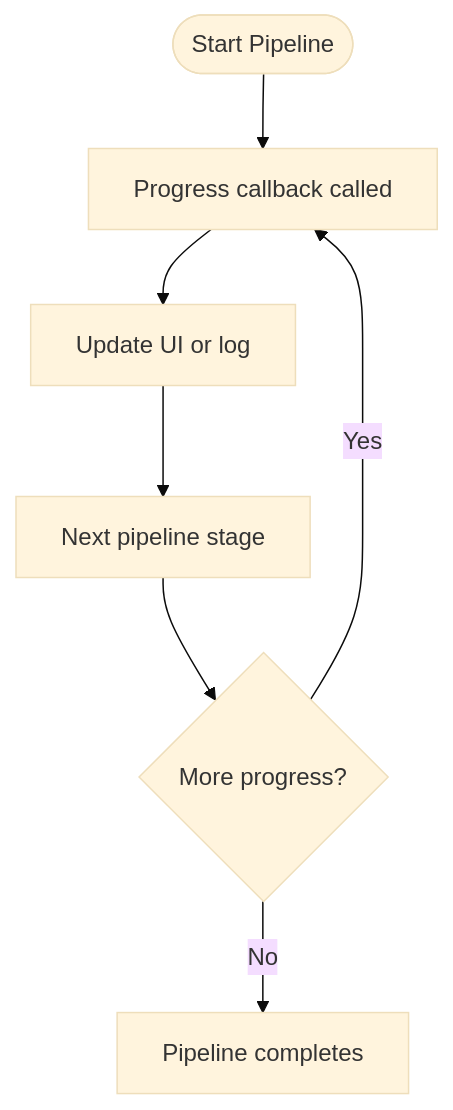
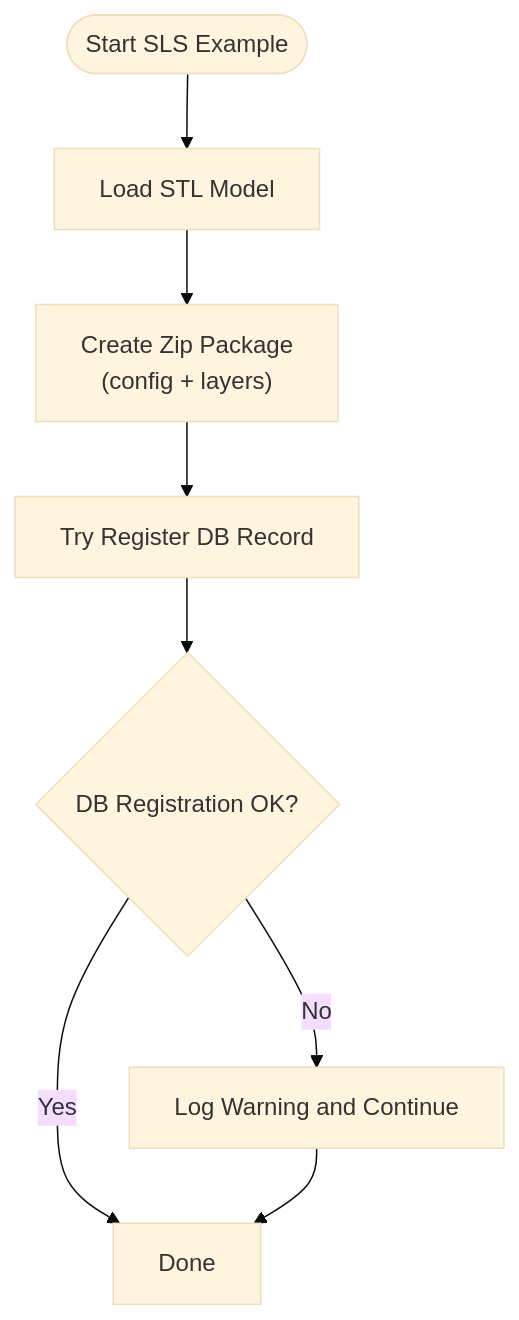
Before and after one commit to hsmbanlance/HsBaSlicer: the fifth of 6 diagrams in .qoder/repowiki/en/content/Examples & Samples/Basic Examples.md, drawn with Mermaid (base theme). The commit also changed other lines of this file and 1095 other files, not shown here.

````diff
--- a/.qoder/repowiki/en/content/Examples & Samples/Basic Examples.md
+++ b/.qoder/repowiki/en/content/Examples & Samples/Basic Examples.md
@@ -618,9 +233,10 @@
 ```mermaid
 flowchart TD
-Start(["Start Pipeline"]) --> Progress["Progress callback called"]
-Progress --> UpdateUI["Update UI or log"]
-UpdateUI --> NextStage["Next pipeline stage"]
-NextStage --> MoreProgress{"More progress?"}
-MoreProgress --> |Yes| Progress
-MoreProgress --> |No| Complete["Pipeline completes"]
+Start(["Start SLS Example"]) --> LoadModel["Load STL Model"]
+LoadModel --> ExportZip["Create Zip Package<br/>(config + layers)"]
+ExportZip --> TryDB["Try Register DB Record"]
+TryDB --> DBOK{"DB Registration OK?"}
+DBOK --> |No| LogWarning["Log Warning and Continue"]
+DBOK --> |Yes| Done["Done"]
+LogWarning --> Done
 ```
````
